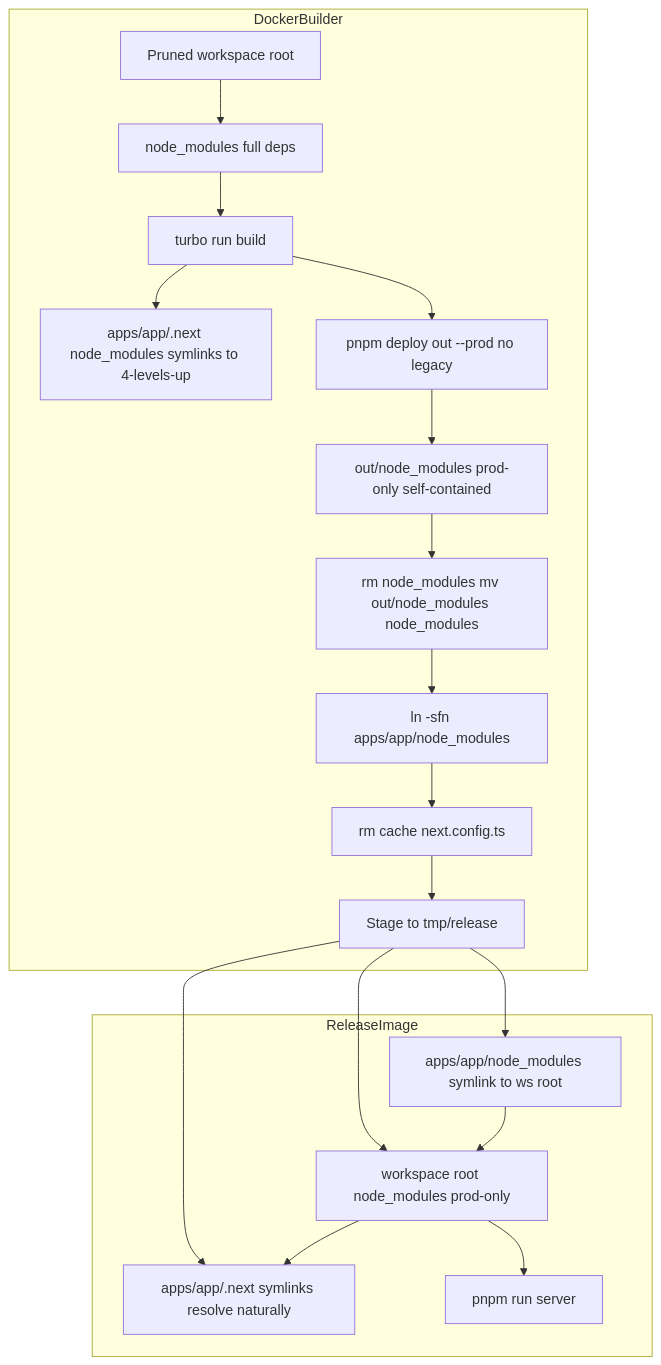
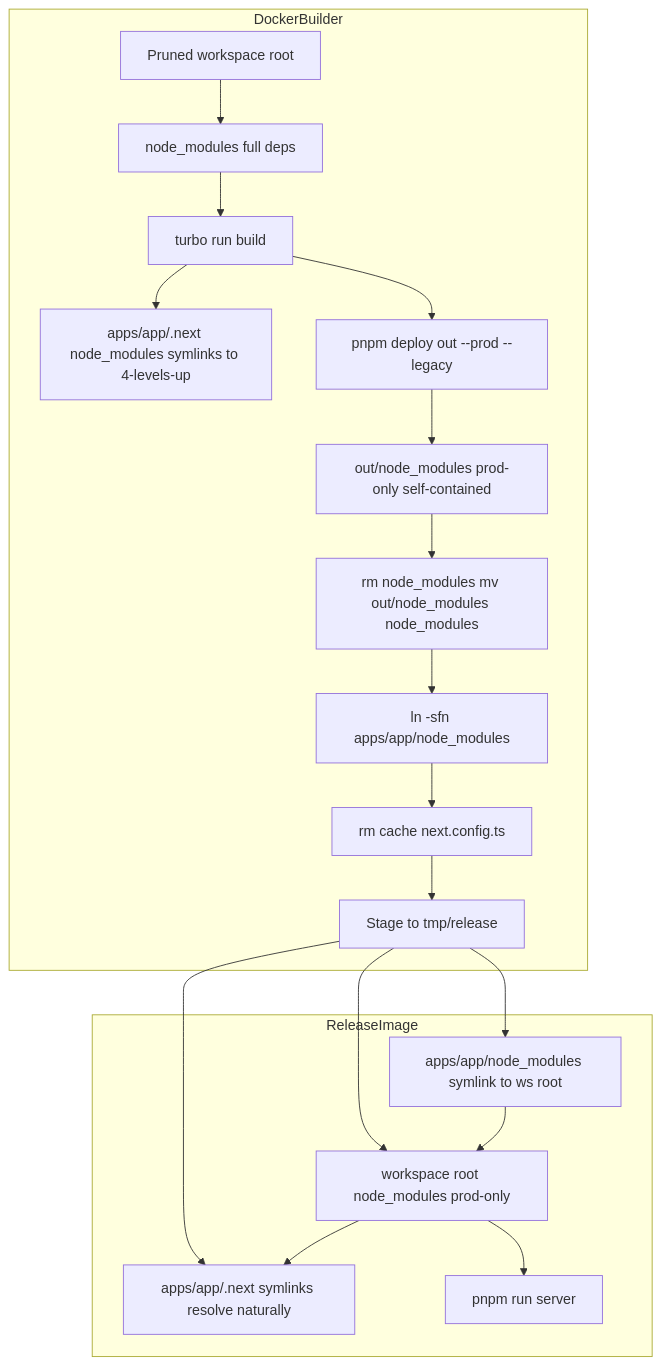
The first of 4 diagrams in .kiro/specs/optimise-deps-for-prod-with-turbo-prune/design.md (growilabs/growi), drawn with Mermaid before and after one commit. The commit also changed other lines of this file and 4 other files, not shown here.

````diff
--- a/.kiro/specs/optimise-deps-for-prod-with-turbo-prune/design.md
+++ b/.kiro/specs/optimise-deps-for-prod-with-turbo-prune/design.md
@@ -79,38 +79,38 @@
 ```mermaid
 graph TB
     subgraph DockerBuilder
         PrunedRoot[Pruned workspace root]
         FullDepsNM[node_modules full deps]
         Build[turbo run build]
         NextOut[apps/app/.next node_modules symlinks to 4-levels-up]
-        Deploy[pnpm deploy out --prod no legacy]
+        Deploy[pnpm deploy out --prod --legacy]
         ProdNM[out/node_modules prod-only self-contained]
         Replace[rm node_modules mv out/node_modules node_modules]
         Symlink[ln -sfn apps/app/node_modules]
         Clean[rm cache next.config.ts]
         Stage[Stage to tmp/release]
     end
 
     subgraph ReleaseImage
         WsRoot[workspace root node_modules prod-only]
         AppNext[apps/app/.next symlinks resolve naturally]
         AppNMLink[apps/app/node_modules symlink to ws root]
         Server[pnpm run server]
     end
 
     PrunedRoot --> FullDepsNM
     FullDepsNM --> Build
     Build --> NextOut
     Build --> Deploy
     Deploy --> ProdNM
     ProdNM --> Replace
     Replace --> Symlink
     Symlink --> Clean
     Clean --> Stage
     Stage --> WsRoot
     Stage --> AppNext
     Stage --> AppNMLink
     WsRoot --> AppNext
     AppNMLink --> WsRoot
     WsRoot --> Server
 ```
````
